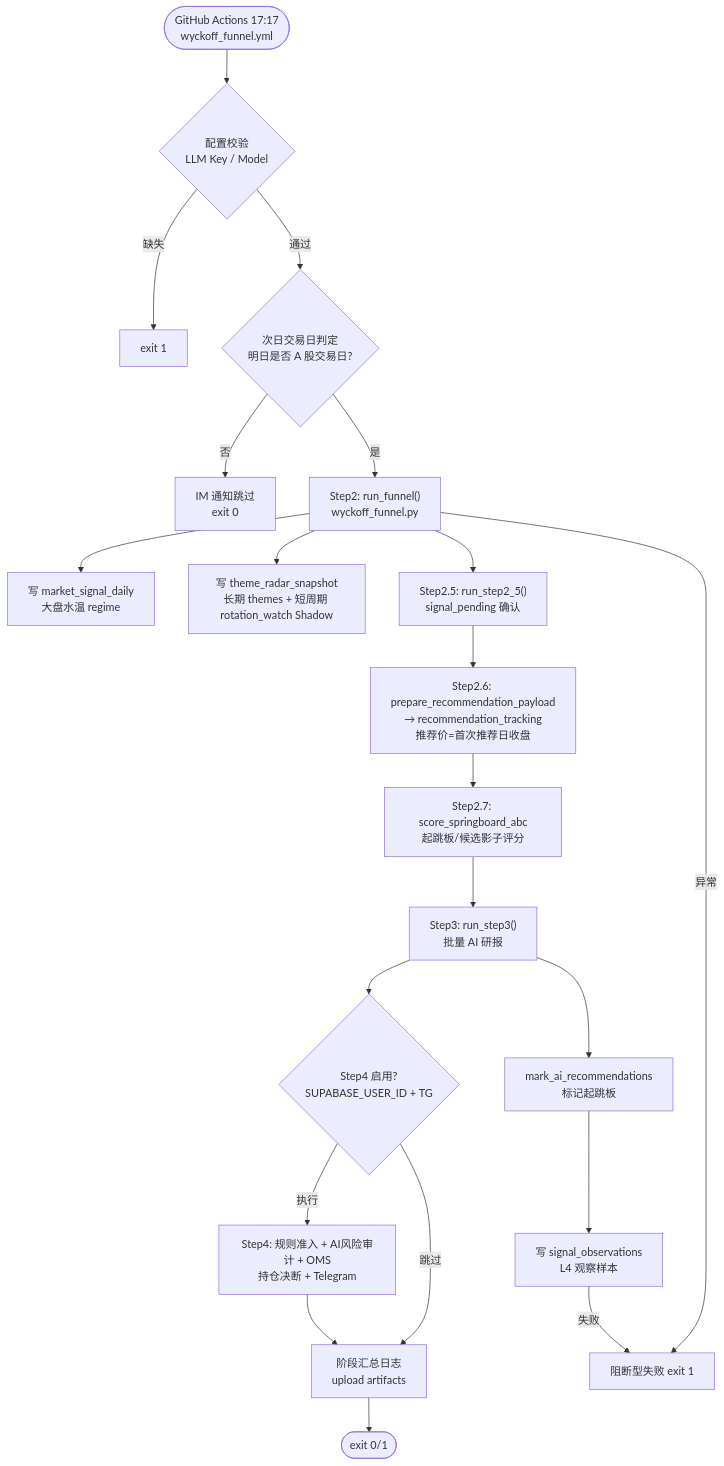
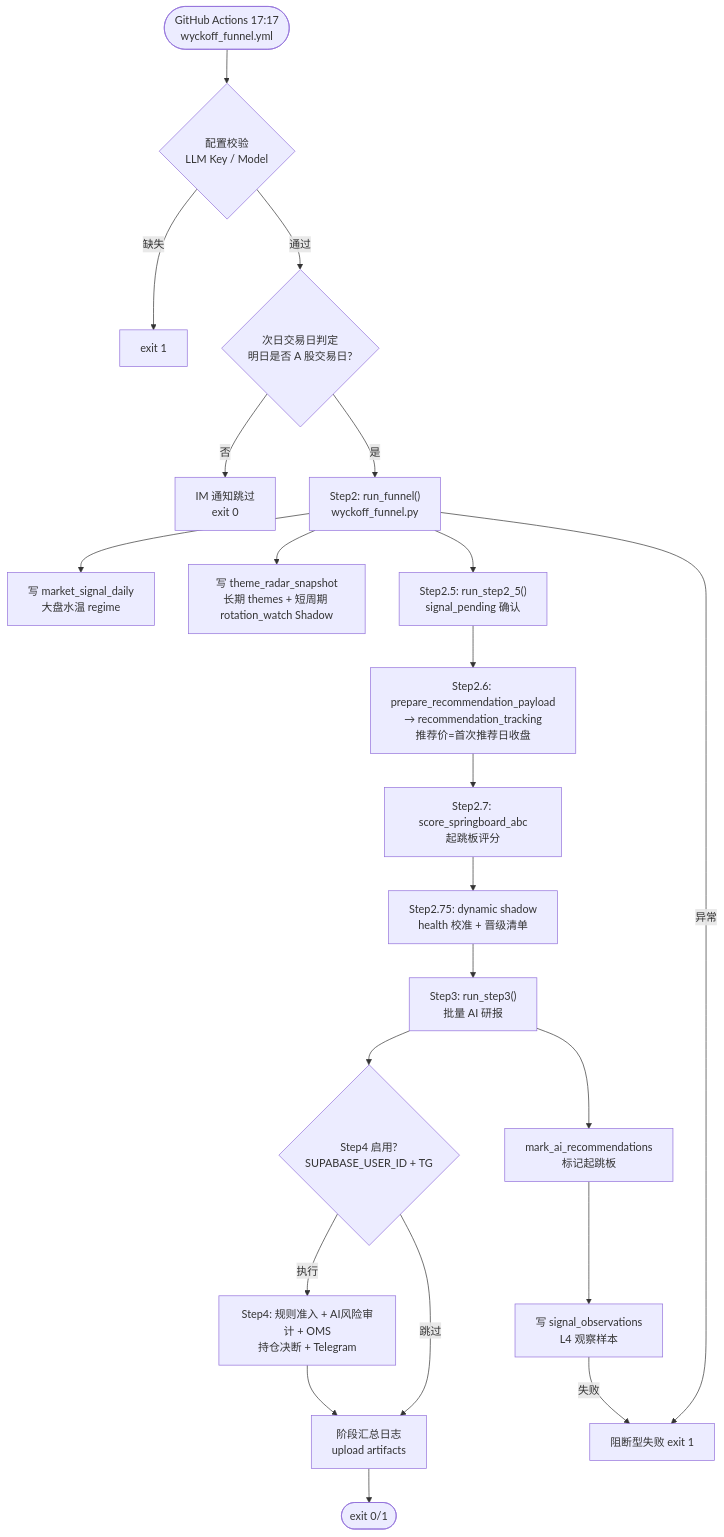
One commit to YoungCan-Wang/WyckoffTradingAgent changed the second of 7 diagrams in docs/A_SHARE_FUNNEL_FLOW.md. Above: the diagram before and after it, drawn with Mermaid. The commit also changed other lines of this file and 36 other files, not shown here.

````diff
--- a/docs/A_SHARE_FUNNEL_FLOW.md
+++ b/docs/A_SHARE_FUNNEL_FLOW.md
@@ -72,29 +73,29 @@
 ```mermaid
 flowchart TD
     START(["GitHub Actions 17:17<br/>wyckoff_funnel.yml"]) --> CHECK1{"配置校验<br/>LLM Key / Model"}
     CHECK1 -->|缺失| FAIL1["exit 1"]
     CHECK1 -->|通过| CHECK2{"次日交易日判定<br/>明日是否 A 股交易日?"}
     CHECK2 -->|否| SKIP["IM 通知跳过<br/>exit 0"]
     CHECK2 -->|是| STEP2
 
     STEP2["Step2: run_funnel()<br/>wyckoff_funnel.py"] --> P1["写 market_signal_daily<br/>大盘水温 regime"]
     STEP2 --> P2["写 theme_radar_snapshot<br/>长期 themes + 短周期 rotation_watch Shadow"]
     STEP2 --> S25
 
     S25["Step2.5: run_step2_5()<br/>signal_pending 确认"] --> S26
     S26["Step2.6: prepare_recommendation_payload<br/>→ recommendation_tracking<br/>推荐价=首次推荐日收盘"] --> S27
-    S27["Step2.7: score_springboard_abc<br/>起跳板/候选影子评分"] --> S3
+    S27["Step2.7: score_springboard_abc<br/>起跳板评分"] --> S275["Step2.75: dynamic shadow<br/>health 校准 + 晋级清单"] --> S3
 
     S3["Step3: run_step3()<br/>批量 AI 研报"] --> MARK["mark_ai_recommendations<br/>标记起跳板"]
     MARK --> OBS["写 signal_observations<br/>L4 观察样本"]
 
     S3 --> S4CHK{"Step4 启用?<br/>SUPABASE_USER_ID + TG"}
     S4CHK -->|跳过| SUM
     S4CHK -->|执行| S4
 
     S4["Step4: 规则准入 + AI风险审计 + OMS<br/>持仓决断 + Telegram"] --> SUM
     SUM["阶段汇总日志<br/>upload artifacts"] --> END(["exit 0/1"])
 
     STEP2 -->|异常| BLOCK["阻断型失败 exit 1"]
     OBS -->|失败| BLOCK
 ```
````
